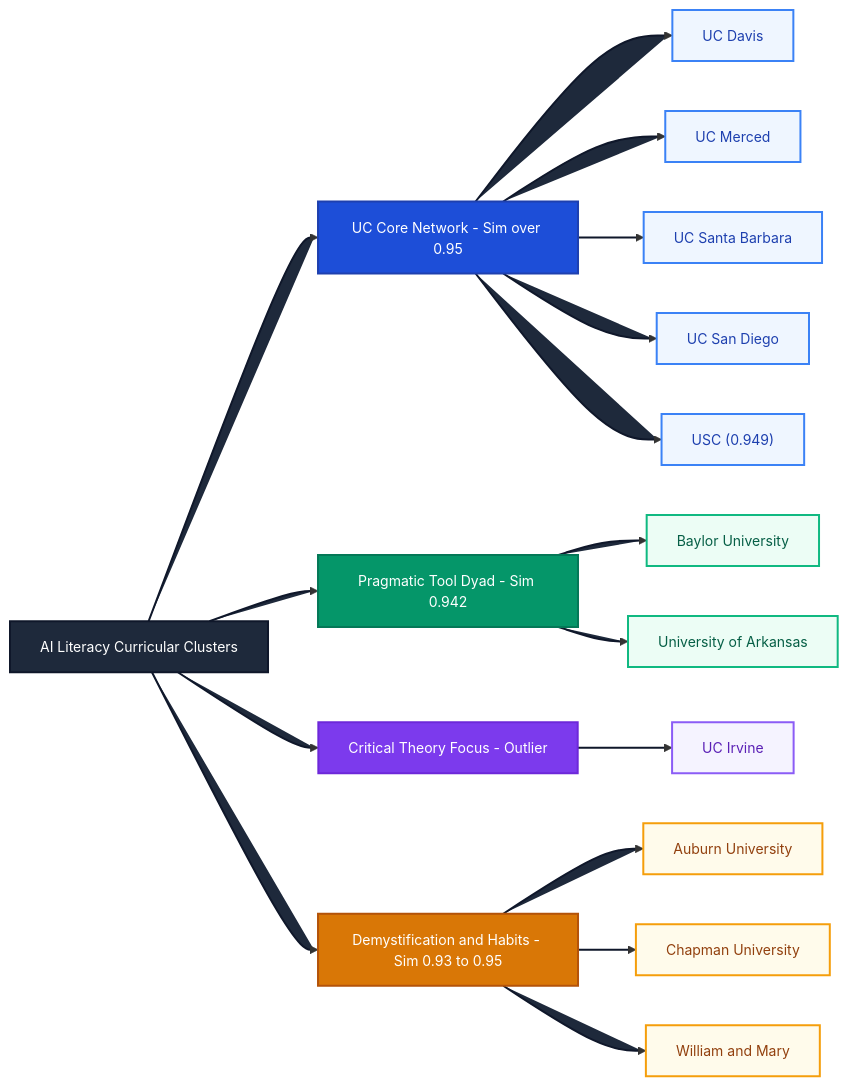
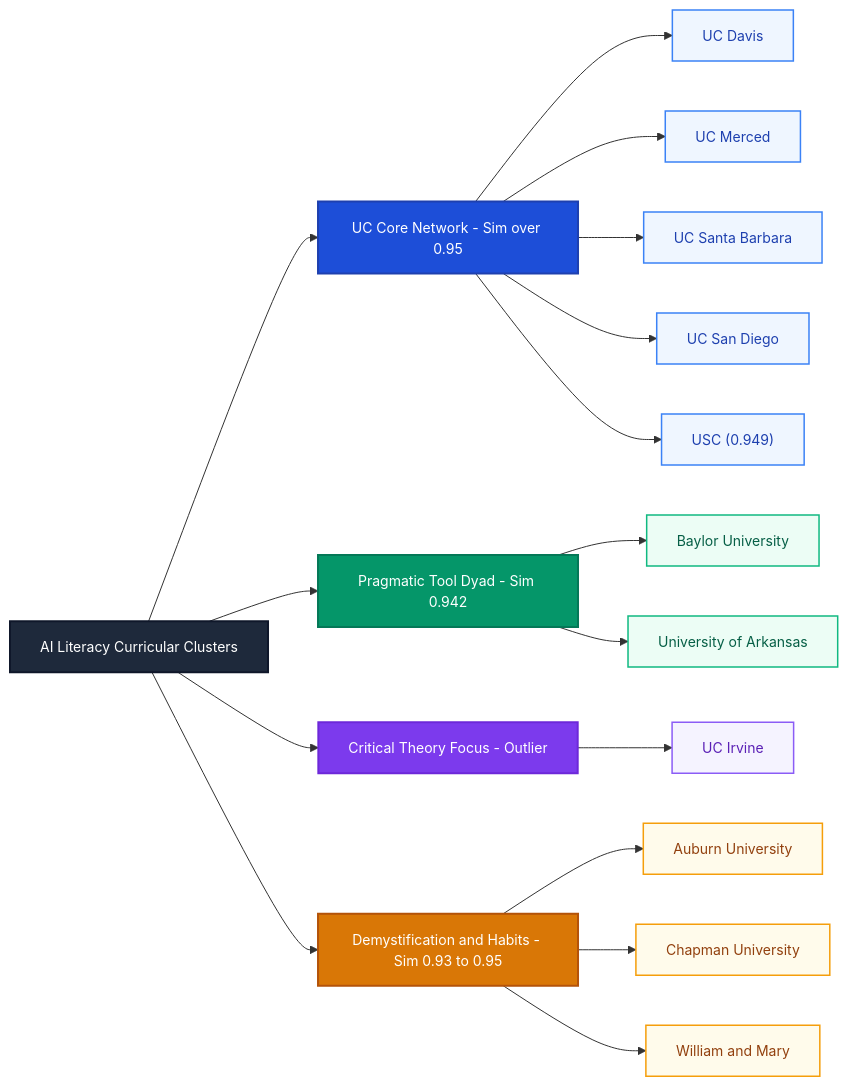
The diagram in chapters/06-similarity-clusters.qmd (UCSB-Library-Research-Data-Services/AI-Literacy), drawn with Mermaid before and after one commit. The commit also changed 8 other files, not shown here.

````diff
--- a/chapters/06-similarity-clusters.qmd
+++ b/chapters/06-similarity-clusters.qmd
@@ -51,46 +51,46 @@
 ```{mermaid}
 %%| fig-cap: "Institutional Alignment and Curricular Networks"
-%%{init: {'flowchart': {'htmlLabels': false}, 'themeVariables': {'fontSize': '14px'}}}%%
+%%{init: {'flowchart': {'curve': 'basis', 'htmlLabels': false}, 'themeVariables': {'fontSize': '14px'}}}%%
 flowchart LR
     ALL["AI Literacy Curricular Clusters"]
 
     ALL --> UC["UC Core Network - Sim over 0.95"]
     ALL --> TD["Pragmatic Tool Dyad - Sim 0.942"]
     ALL --> CO["Critical Theory Focus - Outlier"]
     ALL --> DH["Demystification and Habits - Sim 0.93 to 0.95"]
 
     UC --> U1["UC Davis"]
     UC --> U2["UC Merced"]
     UC --> U3["UC Santa Barbara"]
     UC --> U4["UC San Diego"]
     UC --> U5["USC (0.949)"]
 
     TD --> T1["Baylor University"]
     TD --> T2["University of Arkansas"]
 
     CO --> C1["UC Irvine"]
 
     DH --> D1["Auburn University"]
     DH --> D2["Chapman University"]
     DH --> D3["William and Mary"]
 
-    classDef root fill:#1e293b,stroke:#0f172a,stroke-width:2px,color:#ffffff;
+    classDef nodeRoot fill:#1e293b,stroke:#0f172a,stroke-width:2px,color:#ffffff;
     classDef ucHeader fill:#1d4ed8,stroke:#1e40af,stroke-width:2px,color:#ffffff;
-    classDef ucNode fill:#eff6ff,stroke:#3b82f6,stroke-width:2px,color:#1e40af;
+    classDef ucNode fill:#eff6ff,stroke:#3b82f6,stroke-width:1.5px,color:#1e40af;
     classDef toolHeader fill:#059669,stroke:#047857,stroke-width:2px,color:#ffffff;
-    classDef toolNode fill:#ecfdf5,stroke:#10b981,stroke-width:2px,color:#065f46;
+    classDef toolNode fill:#ecfdf5,stroke:#10b981,stroke-width:1.5px,color:#065f46;
     classDef critHeader fill:#7c3aed,stroke:#6d28d9,stroke-width:2px,color:#ffffff;
-    classDef critNode fill:#f5f3ff,stroke:#8b5cf6,stroke-width:2px,color:#5b21b6;
+    classDef critNode fill:#f5f3ff,stroke:#8b5cf6,stroke-width:1.5px,color:#5b21b6;
     classDef demystHeader fill:#d97706,stroke:#b45309,stroke-width:2px,color:#ffffff;
-    classDef demystNode fill:#fffbeb,stroke:#f59e0b,stroke-width:2px,color:#92400e;
+    classDef demystNode fill:#fffbeb,stroke:#f59e0b,stroke-width:1.5px,color:#92400e;
 
-    class ALL root;
+    class ALL nodeRoot;
     class UC ucHeader;
     class U1,U2,U3,U4,U5 ucNode;
     class TD toolHeader;
     class T1,T2 toolNode;
     class CO critHeader;
     class C1 critNode;
     class DH demystHeader;
     class D1,D2,D3 demystNode;
 ```
````
